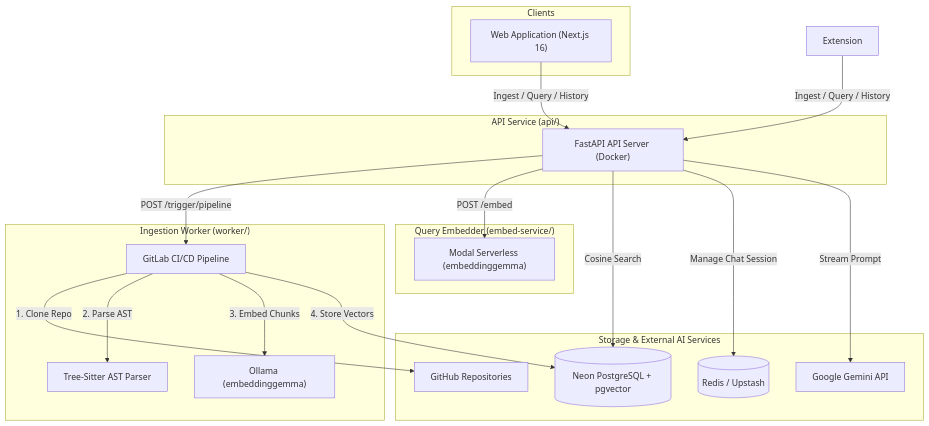
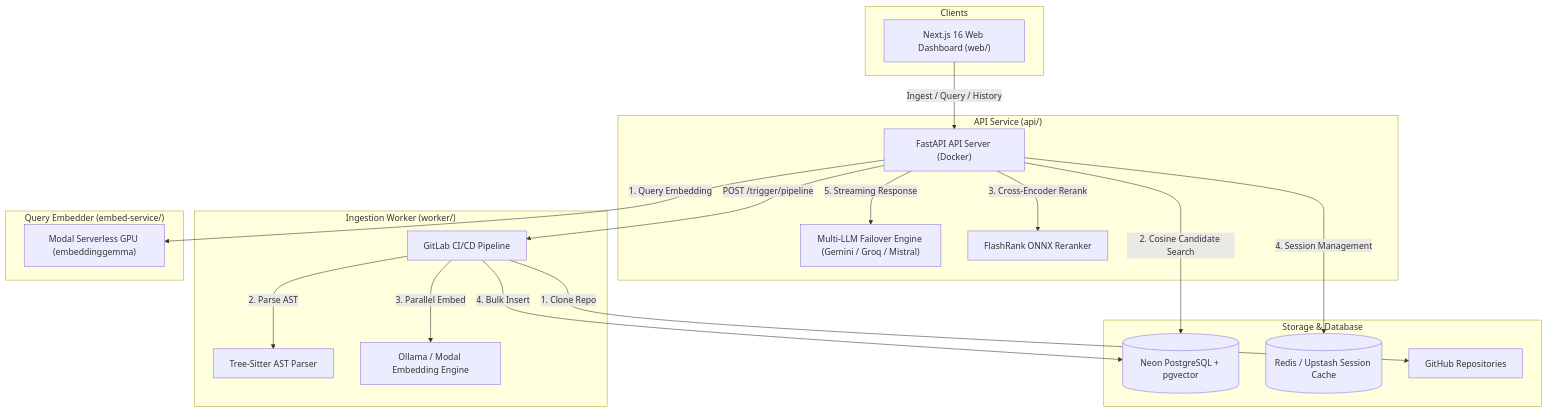
Before and after one commit to ayussh-2/AskRepo: the diagram in README.md, drawn with Mermaid. The commit also changed other lines of this file and 5 other files, not shown here.

Commit message:
refactor: enhance README for clarity and feature details; update Dockerfile and config for embedding provider; improve RAG service embedding logic; streamline chat session handling in web app

````diff
--- a/README.md
+++ b/README.md
@@ -37,42 +70,41 @@
 ```mermaid
 graph TD
     subgraph Clients ["Clients"]
-        Web["Web Application (Next.js 16)"]
+        Web["Next.js 16 Web Dashboard (web/)"]
     end
-
 
     subgraph Backend ["API Service (api/)"]
         API["FastAPI API Server (Docker)"]
+        LLMEngine["Multi-LLM Failover Engine (Gemini / Groq / Mistral)"]
+        Reranker["FlashRank ONNX Reranker"]
     end
 
     subgraph Ingestion ["Ingestion Worker (worker/)"]
         GitLabRunner["GitLab CI/CD Pipeline"]
         TreeSitter["Tree-Sitter AST Parser"]
-        WorkerOllama["Ollama (embeddinggemma)"]
+        WorkerEmbed["Ollama / Modal Embedding Engine"]
     end
 
     subgraph EmbedService ["Query Embedder (embed-service/)"]
-        ModalEndpoint["Modal Serverless (embeddinggemma)"]
+        ModalEndpoint["Modal Serverless GPU (embeddinggemma)"]
     end
 
-    subgraph Storage ["Storage & External AI Services"]
+    subgraph Storage ["Storage & Database"]
         Postgres[("Neon PostgreSQL + pgvector")]
-        Redis[("Redis / Upstash")]
-        Gemini["Google Gemini API"]
+        Redis[("Redis / Upstash Session Cache")]
         GitRepo["GitHub Repositories"]
     end
 
-    Extension -->|Ingest / Query / History| API
     Web -->|Ingest / Query / History| API
-
     API -->|POST /trigger/pipeline| GitLabRunner
     GitLabRunner -->|1. Clone Repo| GitRepo
     GitLabRunner -->|2. Parse AST| TreeSitter
-    GitLabRunner -->|3. Embed Chunks| WorkerOllama
-    GitLabRunner -->|4. Store Vectors| Postgres
+    GitLabRunner -->|3. Parallel Embed| WorkerEmbed
+    GitLabRunner -->|4. Bulk Insert| Postgres
 
-    API -->|POST /embed| ModalEndpoint
-    API -->|Cosine Search| Postgres
-    API -->|Manage Chat Session| Redis
-    API -->|Stream Prompt| Gemini
+    API -->|1. Query Embedding| ModalEndpoint
+    API -->|2. Cosine Candidate Search| Postgres
+    API -->|3. Cross-Encoder Rerank| Reranker
+    API -->|4. Session Management| Redis
+    API -->|5. Streaming Response| LLMEngine
 ```
````
